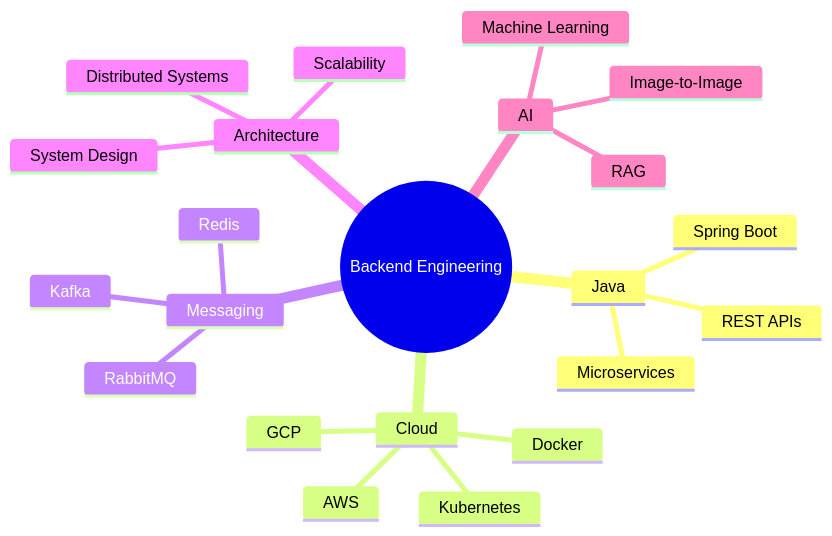
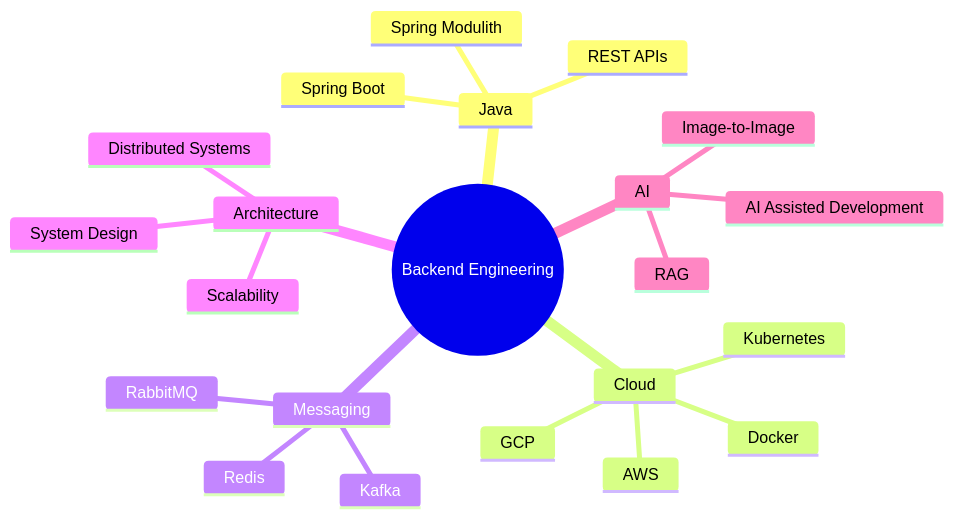
The diagram in README.md (KunduVineet/KunduVineet), drawn with Mermaid before and after one commit. The commit also changed other lines of this file, not shown here.

````diff
--- a/README.md
+++ b/README.md
@@ -119,25 +65,25 @@
 ```mermaid
 mindmap
   root((Backend Engineering))
     Java
       Spring Boot
-      Microservices
+      Spring Modulith
       REST APIs
     Cloud
       AWS
       GCP
       Kubernetes
       Docker
     Messaging
       Kafka
       RabbitMQ
       Redis
     Architecture
       System Design
       Distributed Systems
       Scalability
     AI
       RAG
       Image-to-Image
-      Machine Learning
+      AI Assisted Development
 ```
````
